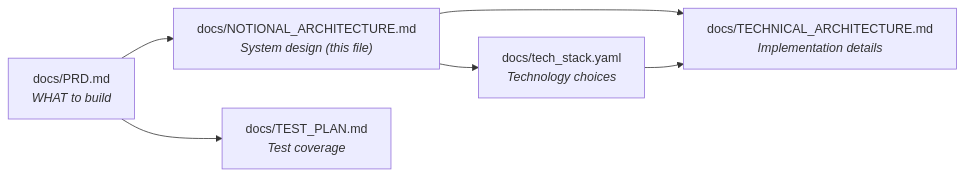
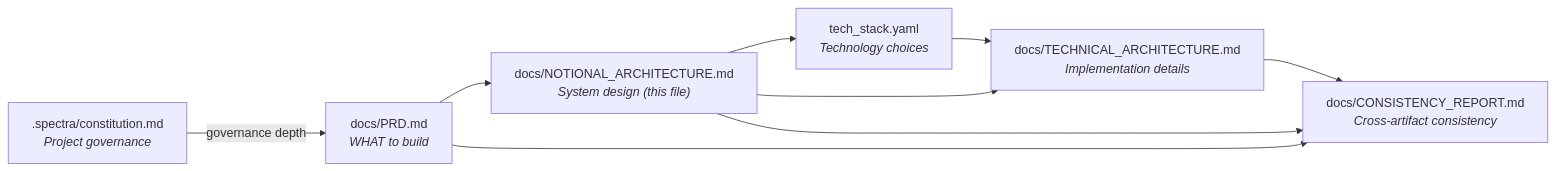
One commit to sreenivasmrpivot/legobuilder changed the first of 5 diagrams in docs/NOTIONAL_ARCHITECTURE.md. Above: the diagram before and after it, drawn with Mermaid. The commit also changed other lines of this file, not shown here.

First line of the commit message:
docs: Notional Architecture following Spectra template

````diff
--- a/docs/NOTIONAL_ARCHITECTURE.md
+++ b/docs/NOTIONAL_ARCHITECTURE.md
@@ -37,14 +37,18 @@
 ```mermaid
 graph LR
+    CON[".spectra/constitution.md<br/><i>Project governance</i>"]
     PRD["docs/PRD.md<br/><i>WHAT to build</i>"]
     NOTIONAL["docs/NOTIONAL_ARCHITECTURE.md<br/><i>System design (this file)</i>"]
-    TECH_STACK["docs/tech_stack.yaml<br/><i>Technology choices</i>"]
+    TECH_STACK["tech_stack.yaml<br/><i>Technology choices</i>"]
     TECHNICAL["docs/TECHNICAL_ARCHITECTURE.md<br/><i>Implementation details</i>"]
-    TEST["docs/TEST_PLAN.md<br/><i>Test coverage</i>"]
+    CAC["docs/CONSISTENCY_REPORT.md<br/><i>Cross-artifact consistency</i>"]
 
+    CON -->|"governance depth"| PRD
     PRD --> NOTIONAL
     NOTIONAL --> TECH_STACK
     NOTIONAL --> TECHNICAL
     TECH_STACK --> TECHNICAL
-    PRD --> TEST
+    TECHNICAL --> CAC
+    PRD --> CAC
+    NOTIONAL --> CAC
 ```
````
